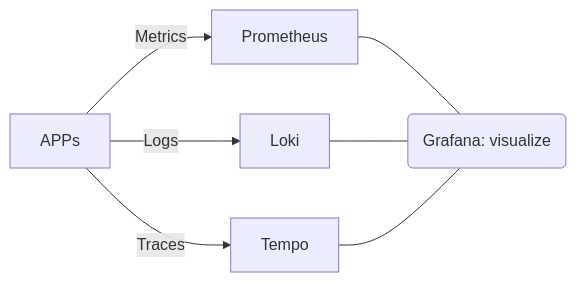
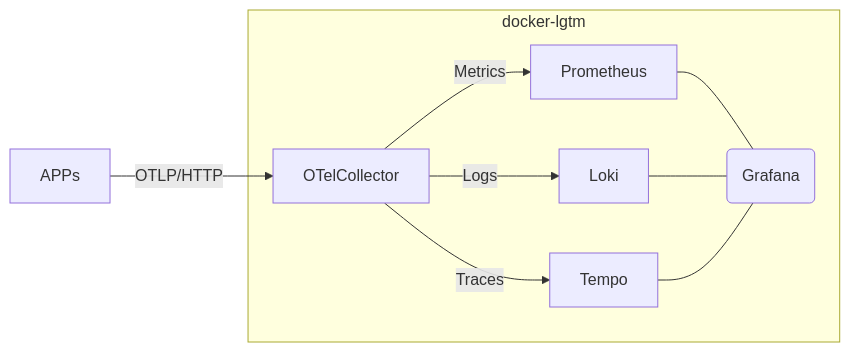
One commit to cero-t/spring-store-2026 changed the second of 2 diagrams in README.md. Above: the diagram before and after it, drawn with Mermaid. The commit also changed other lines of this file and 9 other files, not shown here.

````diff
--- a/README.md
+++ b/README.md
@@ -26,9 +27,12 @@
 ```mermaid
 flowchart LR
-  APPs -->|Metrics| Prometheus
-  APPs -->|Logs| Loki
-  APPs -->|Traces| Tempo
-  Prometheus --- G(Grafana: visualize)
-  Loki --- G
-  Tempo --- G
+  APPs -->|OTLP/HTTP| OTelCollector
+  subgraph docker-lgtm
+    OTelCollector -->|Metrics| Prometheus
+    OTelCollector -->|Logs| Loki
+    OTelCollector -->|Traces| Tempo
+    Prometheus --- G(Grafana)
+    Loki --- G
+    Tempo --- G
+  end
 ```
````
